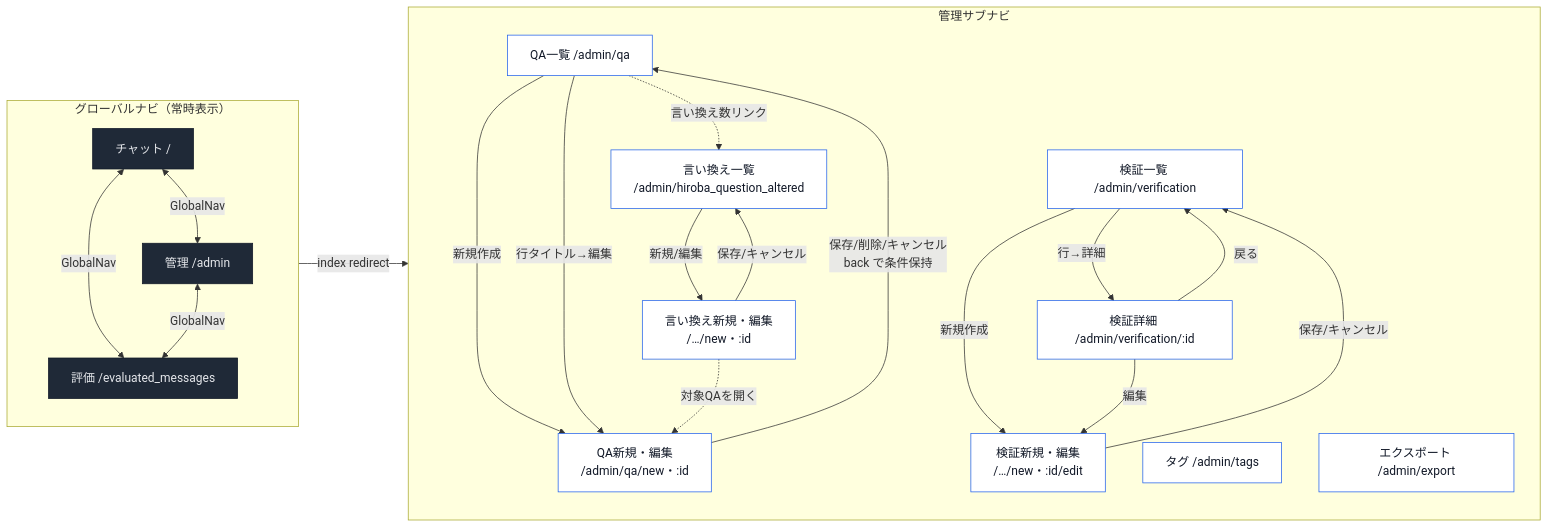
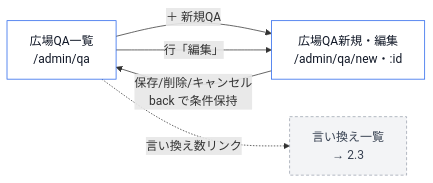
The fourth of 7 diagrams in docs/screen_transition/画面遷移図.md (ys-systemrun/chatbot_proto_01), drawn with Mermaid before and after one commit. The commit also changed other lines of this file and 26 other files, not shown here.

Commit message:
画面遷移図整備

````diff
--- a/docs/screen_transition/画面遷移図.md
+++ b/docs/screen_transition/画面遷移図.md
@@ -68,48 +118,16 @@
 ```mermaid
 flowchart LR
-    subgraph G["グローバルナビ（常時表示）"]
-        direction TB
-        Chat["チャット /"]
-        Eval["評価 /evaluated_messages"]
-        AdminHub["管理 /admin"]
-    end
+    QAList["広場QA一覧<br/>/admin/qa"]
+    QAForm["広場QA新規・編集<br/>/admin/qa/new・:id"]
+    AltList["言い換え一覧<br/>→ 2.3"]
 
-    subgraph ADM["管理サブナビ"]
-        direction TB
-        QAList["QA一覧 /admin/qa"]
-        QAForm["QA新規・編集<br/>/admin/qa/new・:id"]
-        AltList["言い換え一覧<br/>/admin/hiroba_question_altered"]
-        AltForm["言い換え新規・編集<br/>/…/new・:id"]
-        Tags["タグ /admin/tags"]
-        VerList["検証一覧 /admin/verification"]
-        VerDetail["検証詳細 /admin/verification/:id"]
-        VerForm["検証新規・編集<br/>/…/new・:id/edit"]
-        Export["エクスポート /admin/export"]
-    end
-
-    AdminHub -->|index redirect| QAList
-
-    QAList -->|新規作成| QAForm
-    QAList -->|行タイトル→編集| QAForm
+    QAList -->|＋ 新規QA| QAForm
+    QAList -->|行「編集」| QAForm
     QAForm -->|保存/削除/キャンセル<br/>back で条件保持| QAList
     QAList -.->|言い換え数リンク| AltList
 
-    AltList -->|新規/編集| AltForm
-    AltForm -->|保存/キャンセル| AltList
-    AltForm -.->|対象QAを開く| QAForm
-
-    VerList -->|新規作成| VerForm
-    VerList -->|行→詳細| VerDetail
-    VerDetail -->|編集| VerForm
-    VerDetail -->|戻る| VerList
-    VerForm -->|保存/キャンセル| VerList
-
-    Chat <-->|GlobalNav| AdminHub
-    Chat <-->|GlobalNav| Eval
-    AdminHub <-->|GlobalNav| Eval
-
-    classDef g fill:#1f2937,stroke:#111827,color:#e5e7eb;
     classDef a fill:#ffffff,stroke:#2563eb,color:#111827;
-    class Chat,Eval,AdminHub g;
-    class QAList,QAForm,AltList,AltForm,Tags,VerList,VerDetail,VerForm,Export a;
+    classDef ref fill:#f3f4f6,stroke:#9ca3af,color:#374151,stroke-dasharray:4 3;
+    class QAList,QAForm a;
+    class AltList ref;
 ```
````
